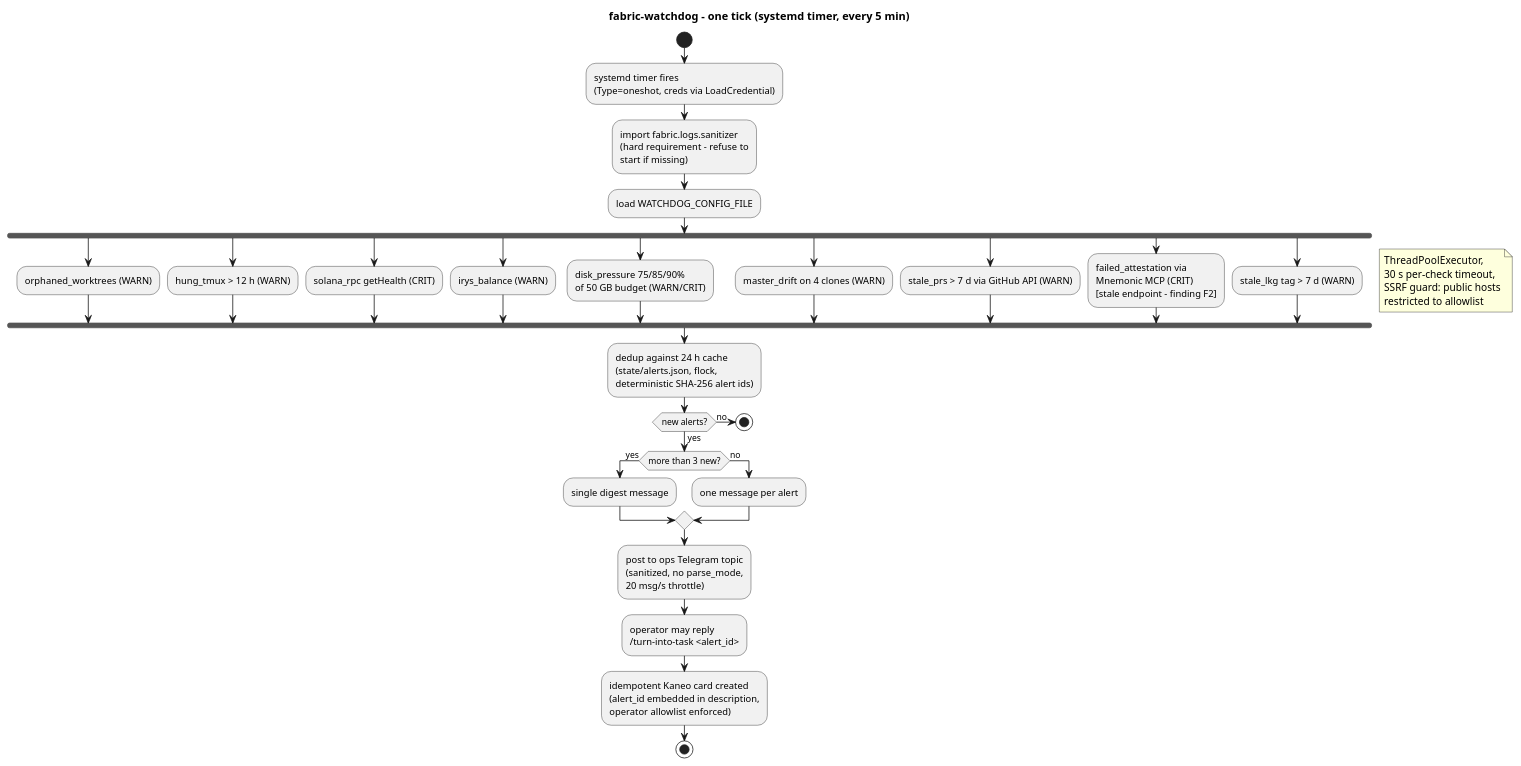
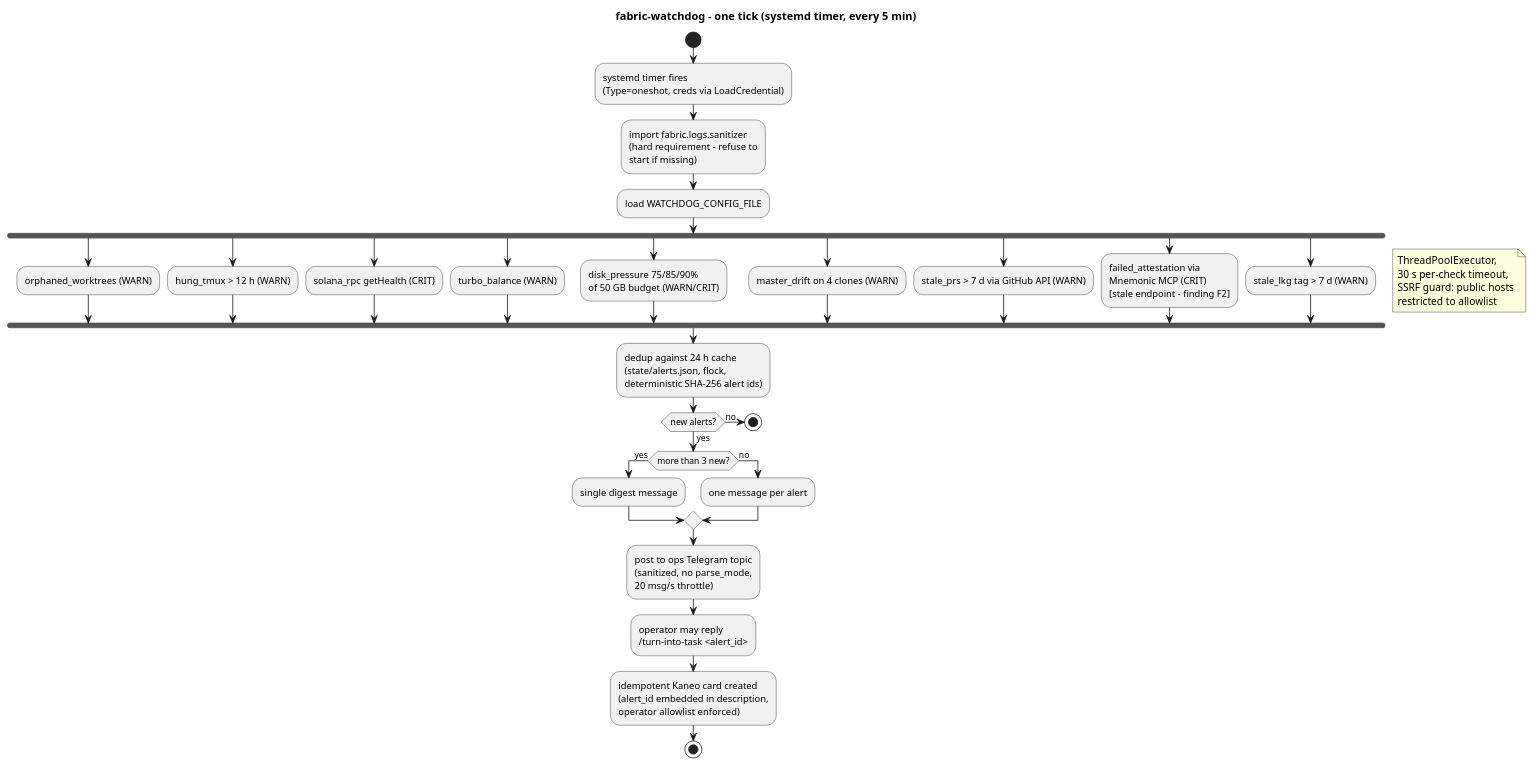
One commit to mnemonik-dev/coding-fabric changed the diagram in docs/diagrams/watchdog-tick.puml. Above: the diagram before and after it, drawn with PlantUML. The commit also changed 71 other files, not shown here.

```diff
--- a/docs/diagrams/watchdog-tick.puml
+++ b/docs/diagrams/watchdog-tick.puml
@@ -1,63 +1,63 @@
 @startuml watchdog-tick
 title fabric-watchdog - one tick (systemd timer, every 5 min)
 
 skinparam shadowing false
 skinparam defaultFontName Helvetica
 
 start
 :systemd timer fires
 (Type=oneshot, creds via LoadCredential);
 :import fabric.logs.sanitizer
 (hard requirement - refuse to
 start if missing);
 :load WATCHDOG_CONFIG_FILE;
 fork
   :orphaned_worktrees (WARN);
 fork again
   :hung_tmux > 12 h (WARN);
 fork again
   :solana_rpc getHealth (CRIT);
 fork again
-  :irys_balance (WARN);
+  :turbo_balance (WARN);
 fork again
   :disk_pressure 75/85/90%
   of 50 GB budget (WARN/CRIT);
 fork again
   :master_drift on 4 clones (WARN);
 fork again
   :stale_prs > 7 d via GitHub API (WARN);
 fork again
   :failed_attestation via
   Mnemonic MCP (CRIT)
   [stale endpoint - finding F2];
 fork again
   :stale_lkg tag > 7 d (WARN);
 end fork
 note right
   ThreadPoolExecutor,
   30 s per-check timeout,
   SSRF guard: public hosts
   restricted to allowlist
 end note
 :dedup against 24 h cache
 (state/alerts.json, flock,
 deterministic SHA-256 alert ids);
 if (new alerts?) then (yes)
   if (more than 3 new?) then (yes)
     :single digest message;
   else (no)
     :one message per alert;
   endif
   :post to ops Telegram topic
   (sanitized, no parse_mode,
   20 msg/s throttle);
 else (no)
   stop
 endif
 :operator may reply
 /turn-into-task <alert_id>;
 :idempotent Kaneo card created
 (alert_id embedded in description,
 operator allowlist enforced);
 stop
 @enduml
```
